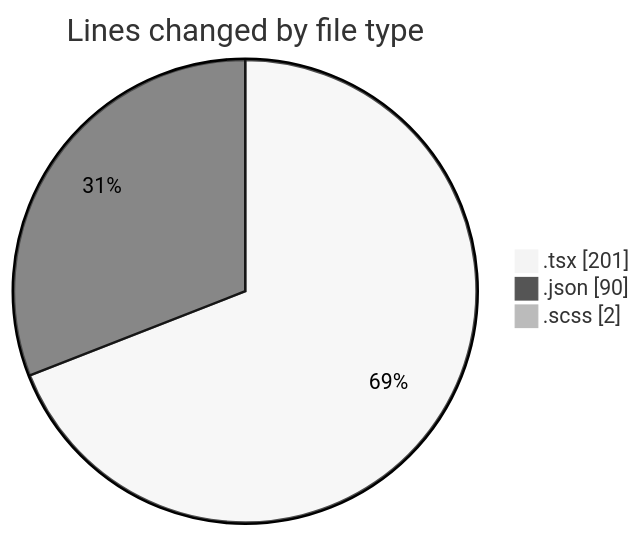
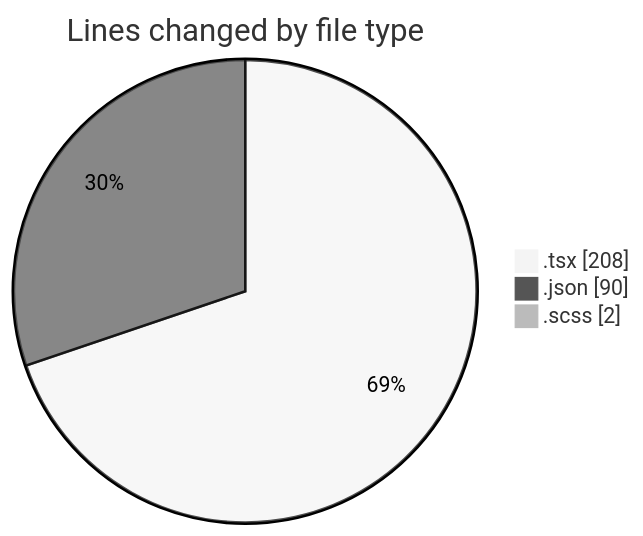
Before and after one commit to momahboobian/code-tracking: the first of 2 diagrams in 2026-05-13/cda/README.md, drawn with Mermaid (neutral theme). The commit also changed other lines of this file and 1 other file, not shown here.

````diff
--- a/2026-05-13/cda/README.md
+++ b/2026-05-13/cda/README.md
@@ -24,7 +24,7 @@
 ```mermaid
 pie showData
 title Lines changed by file type
-".tsx" : 201
+".tsx" : 208
 ".json" : 90
 ".scss" : 2
 ```
````
